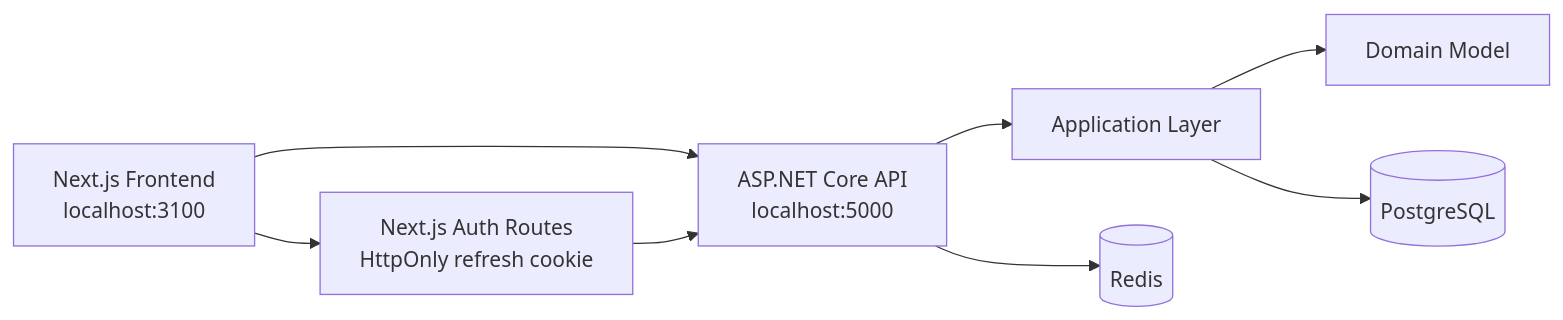
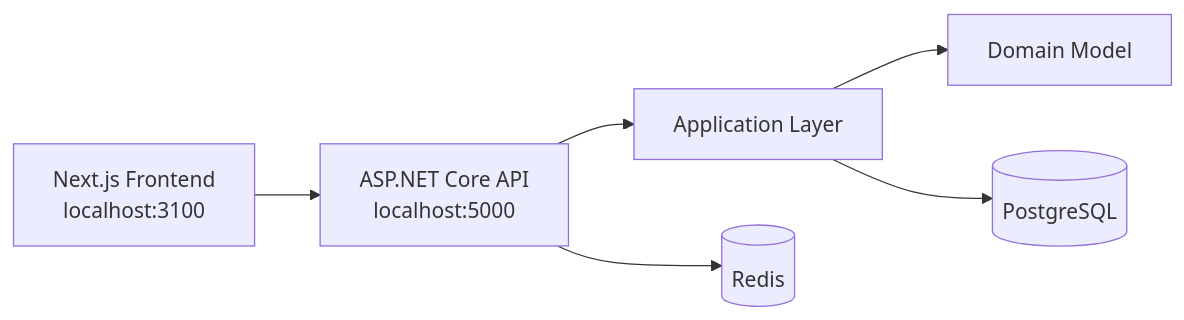
Before and after one commit to andy-28/personal-finance-os: the first of 2 diagrams in README.md, drawn with Mermaid. The commit also changed other lines of this file and 26 other files, not shown here.

````diff
--- a/README.md
+++ b/README.md
@@ -31,18 +34,15 @@
 ```mermaid
 flowchart LR
   Browser["Next.js Frontend\nlocalhost:3100"]
-  BFF["Next.js Auth Routes\nHttpOnly refresh cookie"]
   API["ASP.NET Core API\nlocalhost:5000"]
   App["Application Layer"]
   Domain["Domain Model"]
   DB[("PostgreSQL")]
   Redis[("Redis")]
 
-  Browser --> BFF
   Browser --> API
-  BFF --> API
   API --> App
   App --> Domain
   App --> DB
   API --> Redis
 ```
````
